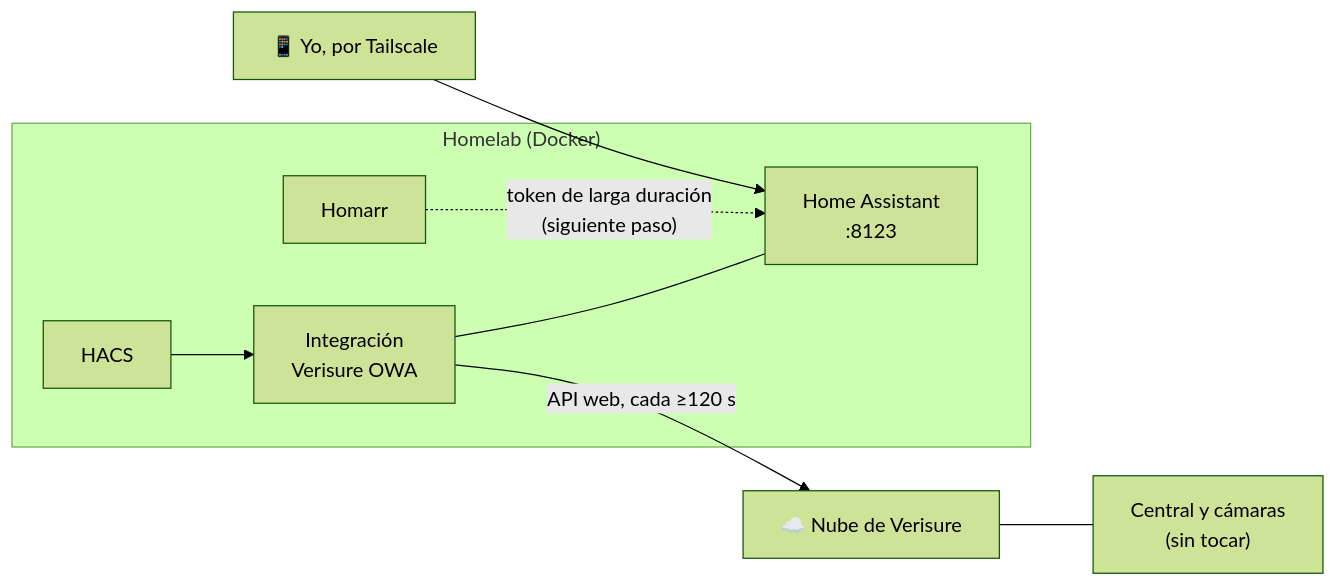
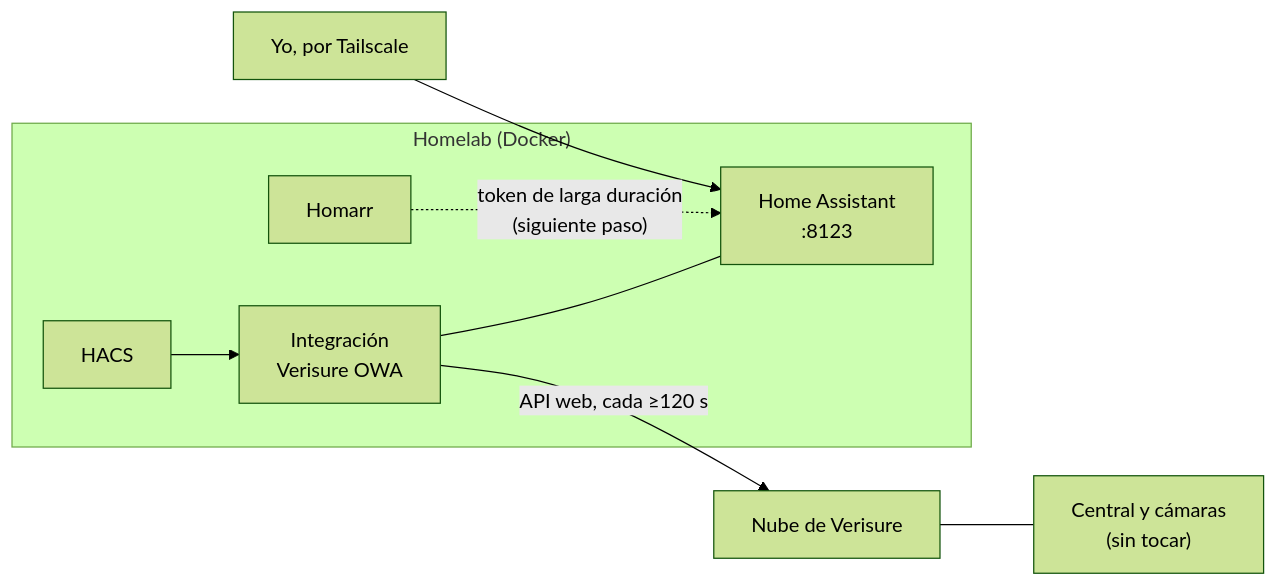
Before and after one commit to m0uwastaken/homelab: the diagram in docs/10-domotica-home-assistant.md, drawn with Mermaid (forest theme). The commit also changed 8 other files, not shown here.

First line of the commit message:
Actualiza el diagrama de red con el switch y quita los emojis de los diagramas

````diff
--- a/docs/10-domotica-home-assistant.md
+++ b/docs/10-domotica-home-assistant.md
@@ -11,12 +11,12 @@
 ```mermaid
 flowchart LR
     subgraph HL["Homelab (Docker)"]
         HA["Home Assistant<br/>:8123"]
         HACS["HACS"] --> OWA["Integración<br/>Verisure OWA"]
         OWA --- HA
         HM["Homarr"] -.->|"token de larga duración<br/>(siguiente paso)"| HA
     end
-    OWA -->|"API web, cada ≥120 s"| CLOUD["☁️ Nube de Verisure"]
+    OWA -->|"API web, cada ≥120 s"| CLOUD["Nube de Verisure"]
     CLOUD --- CENTRAL["Central y cámaras<br/>(sin tocar)"]
-    YO["📱 Yo, por Tailscale"] --> HA
+    YO["Yo, por Tailscale"] --> HA
 ```
````
